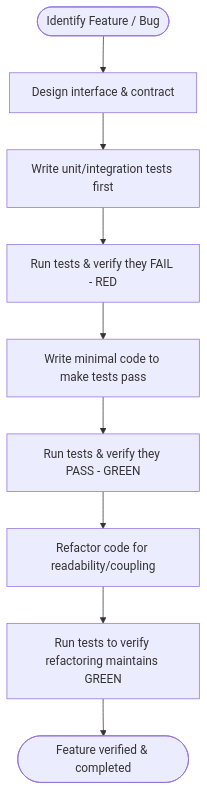
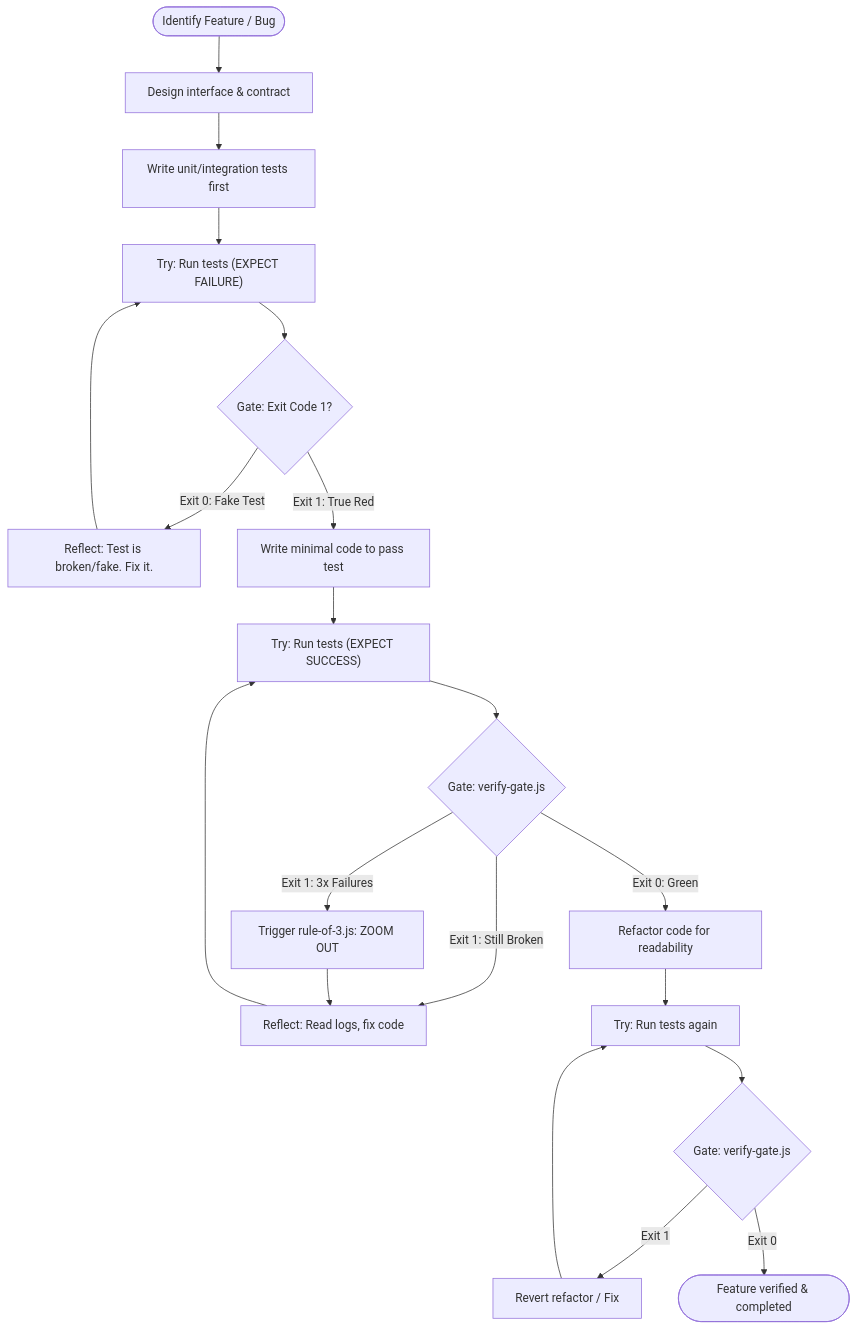
The diagram in docs/workflows/tdd.md (dyphn1/Harness-everything), drawn with Mermaid before and after one commit. The commit also changed other lines of this file and 18 other files, not shown here.

````diff
--- a/docs/workflows/tdd.md
+++ b/docs/workflows/tdd.md
@@ -11,11 +11,29 @@
 ```mermaid
 graph TD
   Start([Identify Feature / Bug]) --> DesignInterface["Design interface & contract"]
   DesignInterface --> WriteTest["Write unit/integration tests first"]
-  WriteTest --> RunRed["Run tests & verify they FAIL - RED"]
-  RunRed --> WriteCode["Write minimal code to make tests pass"]
-  WriteCode --> RunGreen["Run tests & verify they PASS - GREEN"]
-  RunGreen --> Refactor["Refactor code for readability/coupling"]
-  Refactor --> RunVerify["Run tests to verify refactoring maintains GREEN"]
-  RunVerify --> End([Feature verified & completed])
+  
+  WriteTest --> RunRed["Try: Run tests (EXPECT FAILURE)"]
+  RunRed --> VerifyRed{Gate: Exit Code 1?}
+  VerifyRed -->|Exit 0: Fake Test| FixTest["Reflect: Test is broken/fake. Fix it."]
+  FixTest --> RunRed
+  
+  VerifyRed -->|Exit 1: True Red| WriteCode["Write minimal code to pass test"]
+  
+  WriteCode --> RunGreen["Try: Run tests (EXPECT SUCCESS)"]
+  RunGreen --> VerifyGreen{Gate: verify-gate.js}
+  
+  VerifyGreen -->|Exit 1: Still Broken| DebugCode["Reflect: Read logs, fix code"]
+  DebugCode --> RunGreen
+  VerifyGreen -->|Exit 1: 3x Failures| CircuitBreaker["Trigger rule-of-3.js: ZOOM OUT"]
+  CircuitBreaker --> DebugCode
+  
+  VerifyGreen -->|Exit 0: Green| Refactor["Refactor code for readability"]
+  
+  Refactor --> RunVerify["Try: Run tests again"]
+  RunVerify --> VerifyRefactor{Gate: verify-gate.js}
+  VerifyRefactor -->|Exit 1| Revert["Revert refactor / Fix"]
+  Revert --> RunVerify
+  
+  VerifyRefactor -->|Exit 0| End([Feature verified & completed])
 ```
````
